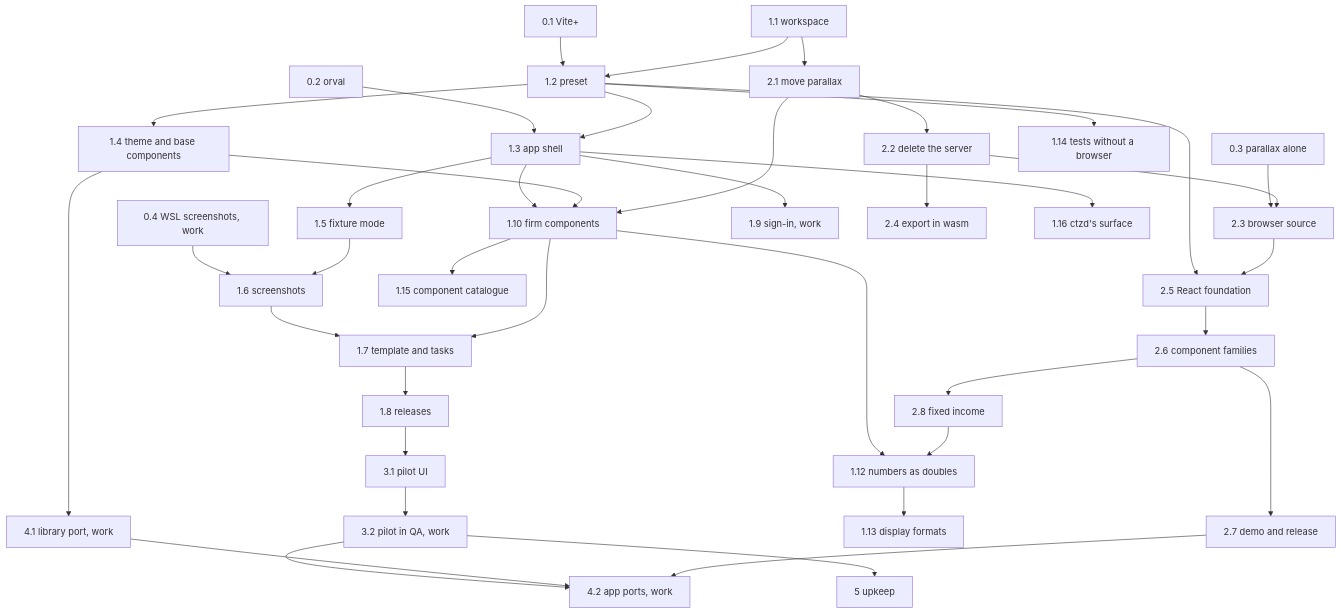
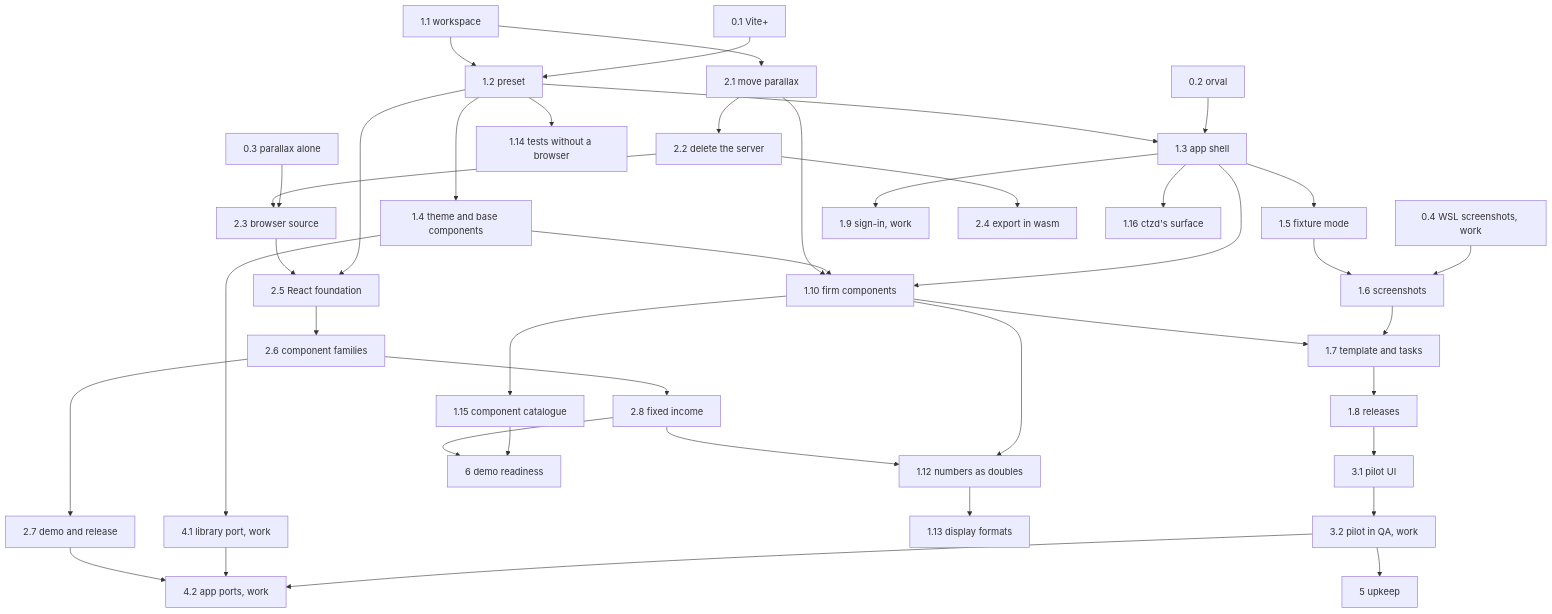
The first of 2 diagrams in docs/roadmap.md (jacobragsdale/basis-ui), drawn with Mermaid before and after one commit. The commit also changed other lines of this file and 4 other files, not shown here.

````diff
--- a/docs/roadmap.md
+++ b/docs/roadmap.md
@@ -27,29 +28,31 @@
 ```mermaid
 flowchart TD
   s01[0.1 Vite+] --> u2[1.2 preset]
   s02[0.2 orval] --> u3[1.3 app shell]
   s03[0.3 parallax alone] --> p3[2.3 browser source]
   s04[0.4 WSL screenshots, work] --> u6[1.6 screenshots]
   u1[1.1 workspace] --> u2
   u2 --> u3 --> u5[1.5 fixture mode] --> u6 --> u7[1.7 template and tasks] --> u8[1.8 releases] --> l1[3.1 pilot UI]
   u2 --> u4[1.4 theme and base components] --> c1[4.1 library port, work]
   u3 --> u10[1.10 firm components]
   u4 --> u10 --> u7
   p1 --> u10
   u3 --> u9[1.9 sign-in, work]
   u1 --> p1[2.1 move parallax] --> p2[2.2 delete the server] --> p3
   p2 --> p4[2.4 export in wasm]
   u2 --> p5[2.5 React foundation]
   p3 --> p5 --> p6[2.6 component families] --> p7[2.7 demo and release]
   p6 --> p8[2.8 fixed income]
   u3 --> u16[1.16 ctzd's surface]
   u2 --> u14[1.14 tests without a browser]
   u10 --> u15[1.15 component catalogue]
   u10 --> u12[1.12 numbers as doubles] --> u13[1.13 display formats]
   p8 --> u12
   l1 --> l2[3.2 pilot in QA, work]
   l2 --> c2[4.2 app ports, work]
   c1 --> c2
   p7 --> c2
   l2 --> g[5 upkeep]
+  u15 --> d6[6 demo readiness]
+  p8 --> d6
 ```
````
